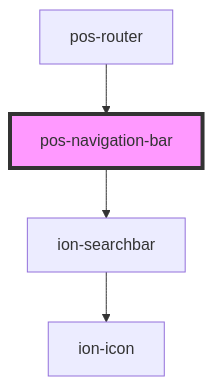
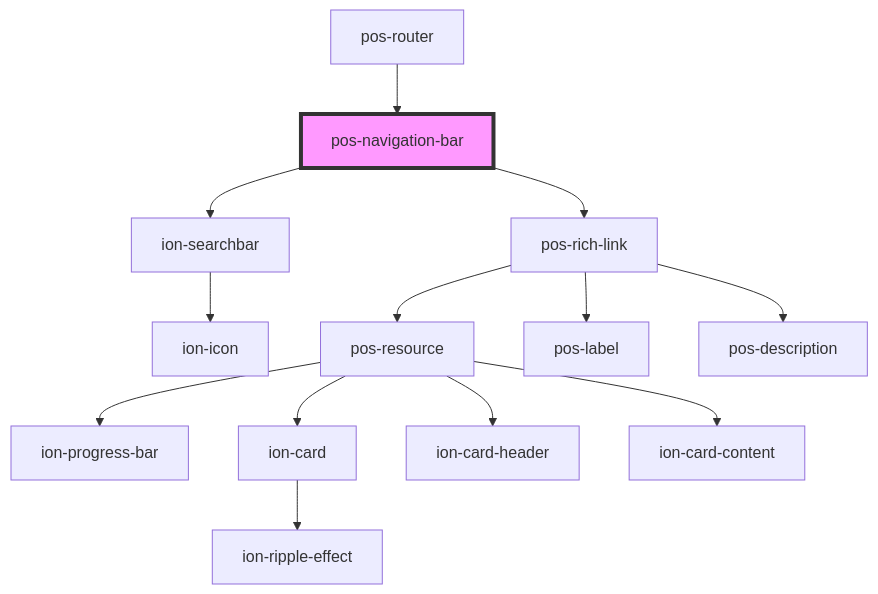
Before and after one commit to pod-os/PodOS: the diagram in docs/elements/components/pos-navigation-bar/readme.md, drawn with Mermaid. The commit also changed other lines of this file and 12 other files, not shown here.

Commit message:
feat: remove ion from pos-rich-link; use pollen

````diff
--- a/docs/elements/components/pos-navigation-bar/readme.md
+++ b/docs/elements/components/pos-navigation-bar/readme.md
@@ -33,7 +35,16 @@
 ```mermaid
 graph TD;
   pos-navigation-bar --> ion-searchbar
+  pos-navigation-bar --> pos-rich-link
   ion-searchbar --> ion-icon
+  pos-rich-link --> pos-resource
+  pos-rich-link --> pos-label
+  pos-rich-link --> pos-description
+  pos-resource --> ion-progress-bar
+  pos-resource --> ion-card
+  pos-resource --> ion-card-header
+  pos-resource --> ion-card-content
+  ion-card --> ion-ripple-effect
   pos-router --> pos-navigation-bar
   style pos-navigation-bar fill:#f9f,stroke:#333,stroke-width:4px
 ```
````
